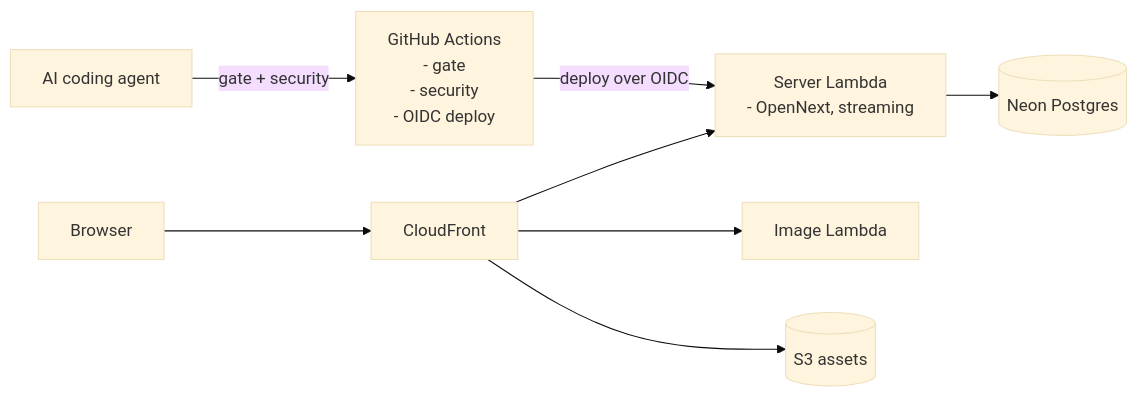
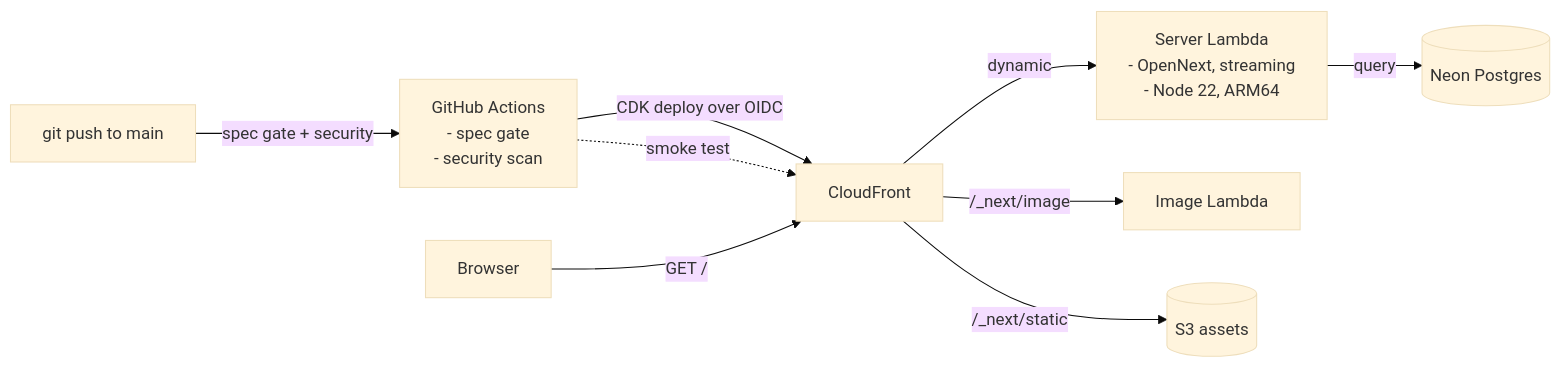
Before and after one commit to elleskay/platform: the fifth of 5 diagrams in README.md, drawn with Mermaid (base theme). The commit also changed other lines of this file and 48 other files, not shown here.

````diff
--- a/README.md
+++ b/README.md
@@ -322,18 +268,11 @@
 ```mermaid
 flowchart LR
-  Agent["AI coding agent"]
-  GH["GitHub Actions<br/>- gate<br/>- security<br/>- OIDC deploy"]
-  CF["CloudFront"]
-  SRV["Server Lambda<br/>- OpenNext, streaming"]
-  IMG["Image Lambda"]
-  S3[("S3 assets")]
-  Neon[("Neon Postgres")]
-  Browser["Browser"]
-  Browser --> CF
-  CF --> SRV
-  CF --> IMG
-  CF --> S3
-  SRV --> Neon
-  Agent -->|"gate + security"| GH
-  GH -->|"deploy over OIDC"| SRV
+  Push["git push to main"] -->|"spec gate + security"| GA["GitHub Actions<br/>- spec gate<br/>- security scan"]
+  GA -->|"CDK deploy over OIDC"| CF["CloudFront"]
+  GA -.->|"smoke test"| CF
+  Browser["Browser"] -->|"GET /"| CF
+  CF -->|"dynamic"| SRV["Server Lambda<br/>- OpenNext, streaming<br/>- Node 22, ARM64"]
+  CF -->|"/_next/image"| IMG["Image Lambda"]
+  CF -->|"/_next/static"| S3[("S3 assets")]
+  SRV -->|"query"| Neon[("Neon Postgres")]
 ```
````
